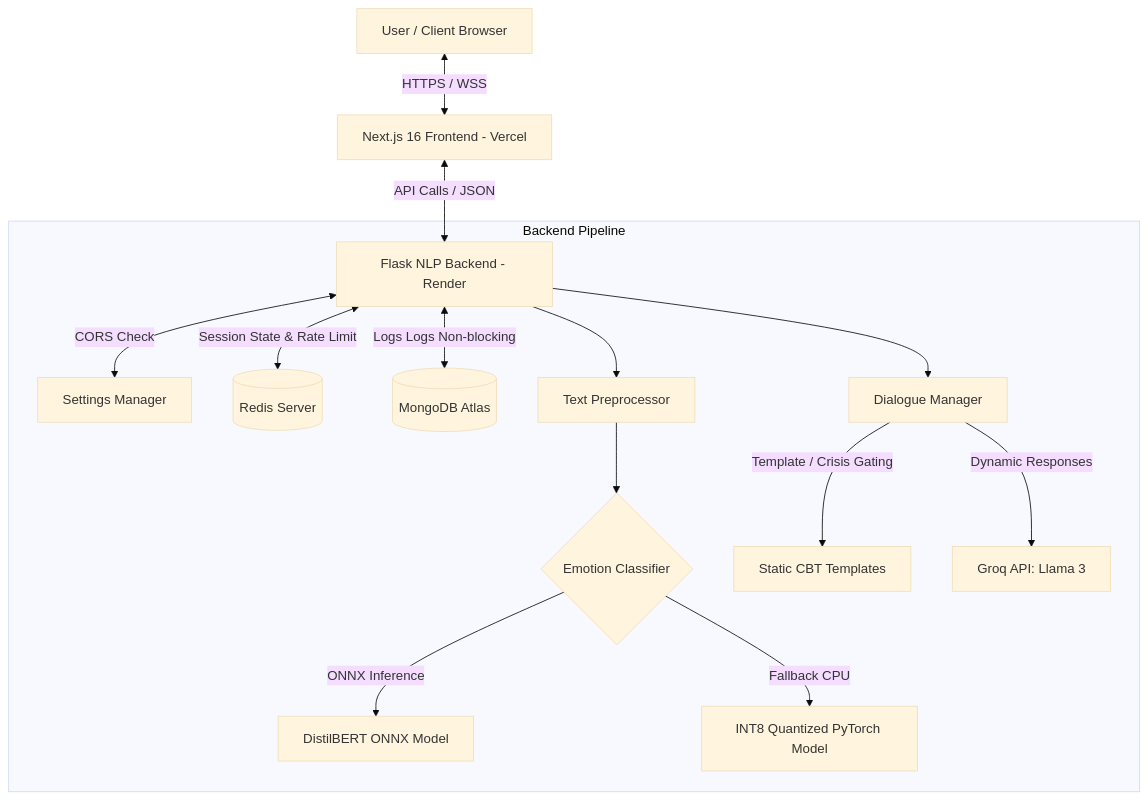
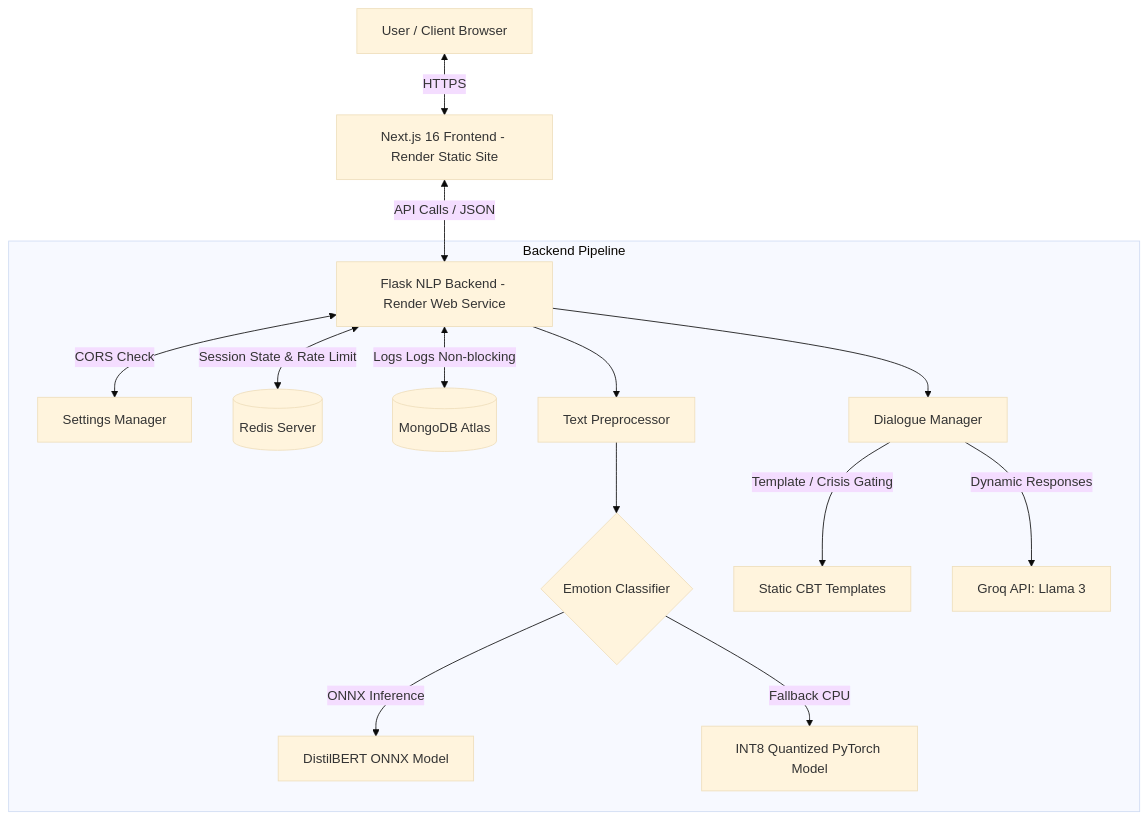
The diagram in README.md (elshaddaioheha/COMPASS), drawn with Mermaid (base theme) before and after one commit. The commit also changed other lines of this file, not shown here.

Commit message:
docs: update README.md with unified Render architecture

````diff
--- a/README.md
+++ b/README.md
@@ -21,19 +21,19 @@
 ```mermaid
 graph TD
-    User[User / Client Browser] <-->|HTTPS / WSS| FE[Next.js 16 Frontend - Vercel]
-    FE <-->|API Calls / JSON| BE[Flask NLP Backend - Render]
+    User[User / Client Browser] <-->|HTTPS| FE[Next.js 16 Frontend - Render Static Site]
+    FE <-->|API Calls / JSON| BE[Flask NLP Backend - Render Web Service]
     
     subgraph Backend Pipeline
         BE <-->|CORS Check| Settings[Settings Manager]
         BE <-->|Session State & Rate Limit| Redis[(Redis Server)]
         BE <-->|Logs Logs Non-blocking| Mongo[(MongoDB Atlas)]
         BE --> Pre[Text Preprocessor]
         Pre --> Model{Emotion Classifier}
         Model -->|ONNX Inference| ONNX[DistilBERT ONNX Model]
         Model -->|Fallback CPU| PyTorch[INT8 Quantized PyTorch Model]
         
         BE --> Dialogue[Dialogue Manager]
         Dialogue -->|Template / Crisis Gating| TempEngine[Static CBT Templates]
         Dialogue -->|Dynamic Responses| Groq[Groq API: Llama 3]
     end
 ```
````
